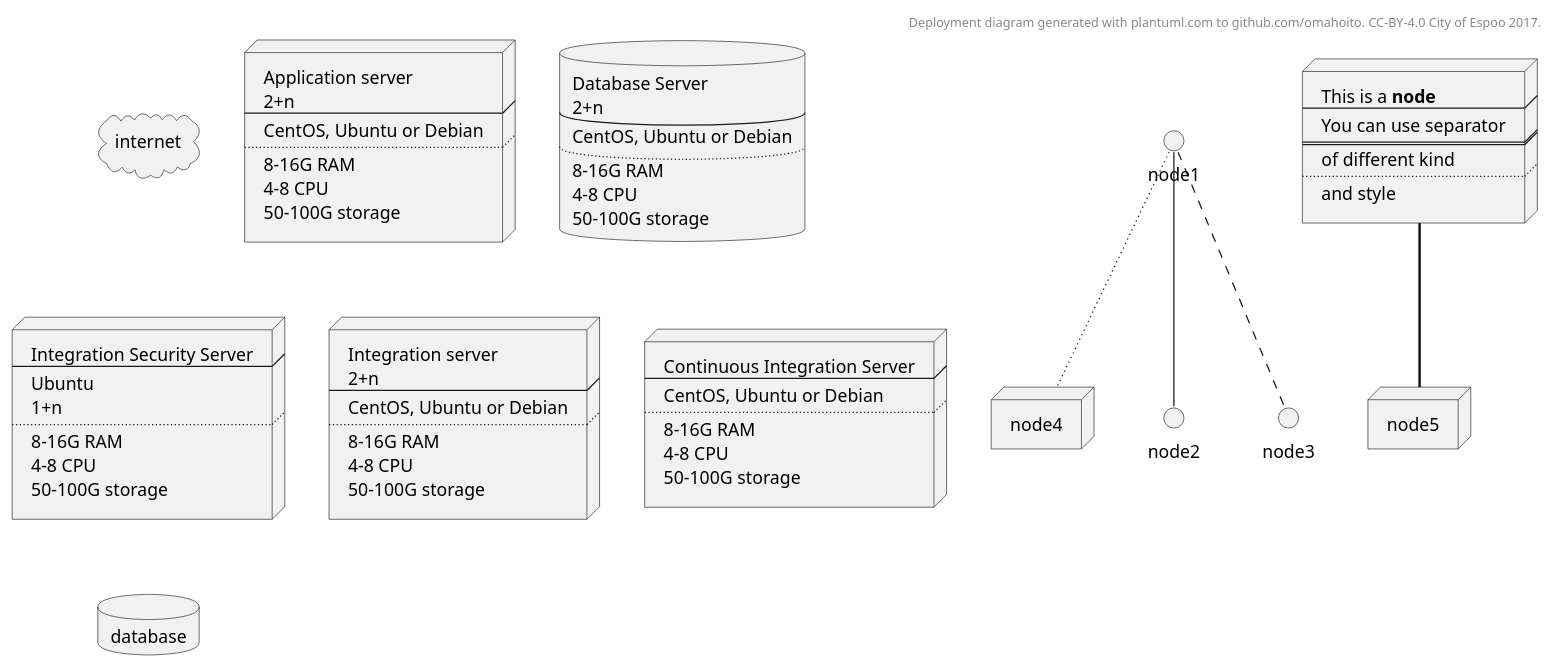
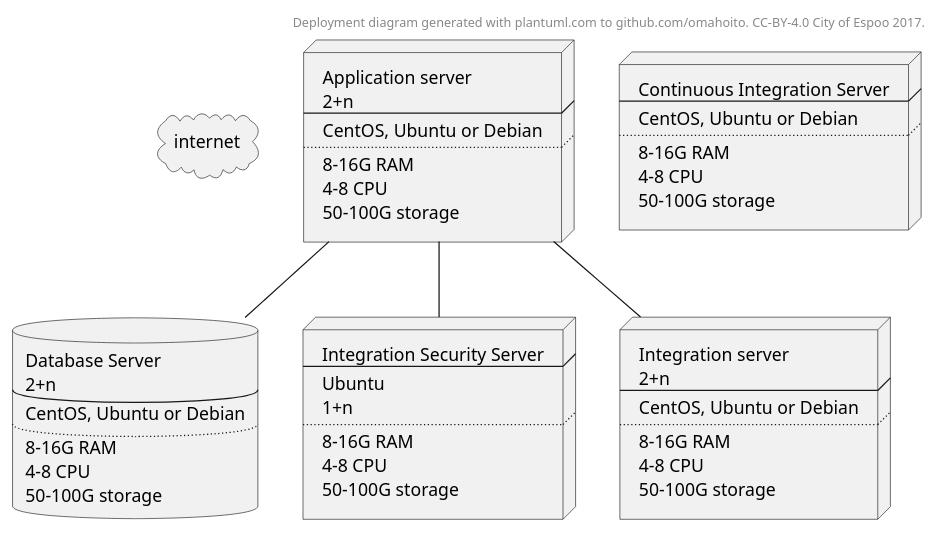
One commit to ruoat/definitions changed the diagram in deployment.MD. Above: the diagram before and after it, drawn with PlantUML.

```diff
--- a/deployment.MD
+++ b/deployment.MD
@@ -1,73 +1,61 @@
 @startuml
 header
 Deployment diagram generated with plantuml.com to github.com/omahoito. CC-BY-4.0 City of Espoo 2017.
 endheader
 
 cloud internet
 node nodeas [
 Application server 
 2+n
 ----
 CentOS, Ubuntu or Debian
 ....
 8-16G RAM
 4-8 CPU
 50-100G storage
 ]
 database database1 [
 Database Server 
 2+n
 ----
 CentOS, Ubuntu or Debian
 ....
 8-16G RAM
 4-8 CPU
 50-100G storage
 ]
 node nodeintegration1 [
 Integration Security Server
 ----
 Ubuntu
 1+n
 ....
 8-16G RAM
 4-8 CPU
 50-100G storage
 ]
 node nodeintegration2 [
 Integration server
 2+n
 ----
 CentOS, Ubuntu or Debian
 ....
 8-16G RAM
 4-8 CPU
 50-100G storage
 ]
 node nodeci [
 Continuous Integration Server
 ----
 CentOS, Ubuntu or Debian
 ....
 8-16G RAM
 4-8 CPU
 50-100G storage
 ]
-node node4
-database database
-node node5
-node node6 [
-This is a <b>node
-----
-You can use separator
-====
-of different kind
-....
-and style
-]
 
-node1 -- node2
-node1 .. node3
-node1 ~~ node4
-node6 == node5
+nodeas -- database1
+nodeas -- nodeintegration1
+nodeas -- nodeintegration2
+
 @enduml
```
